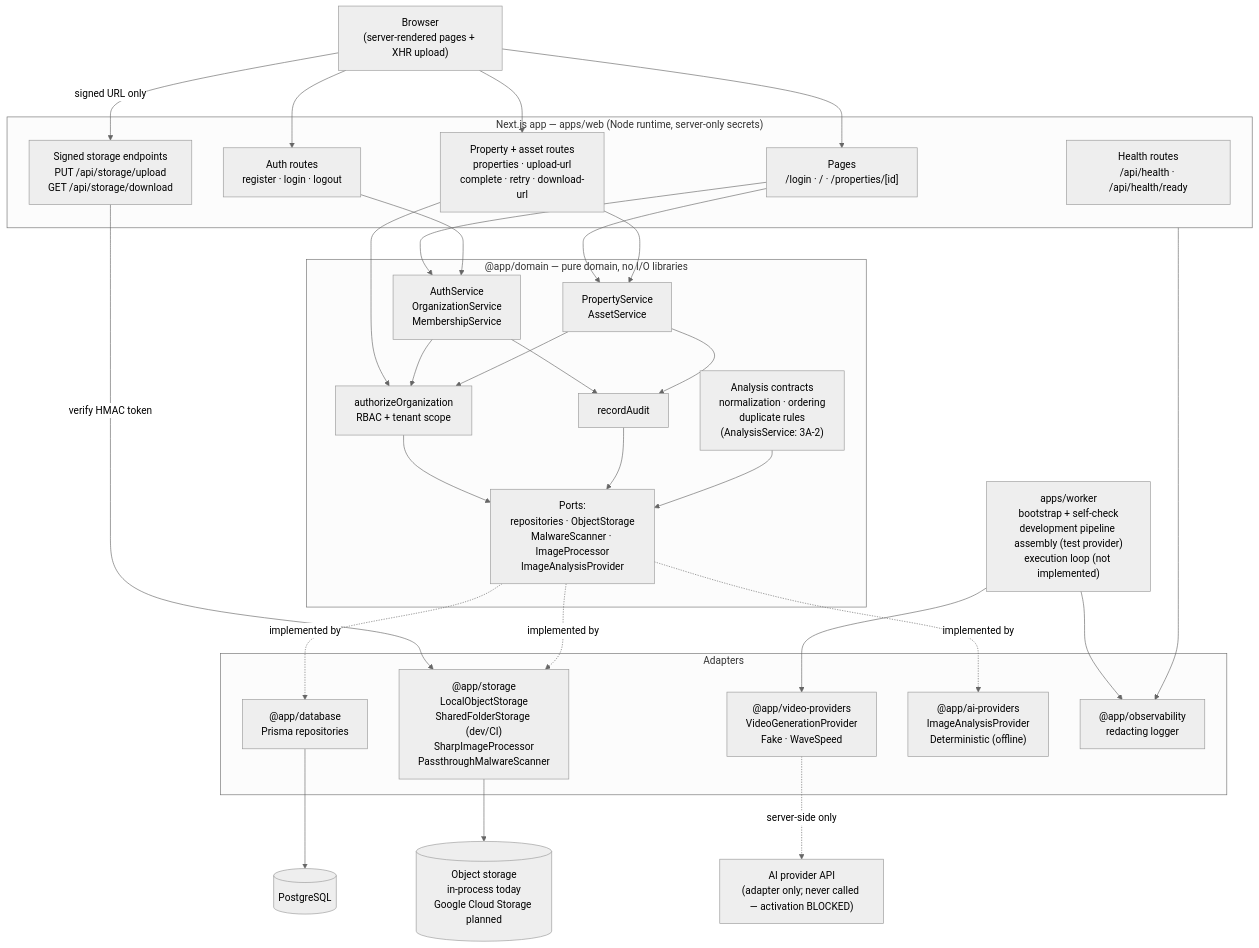
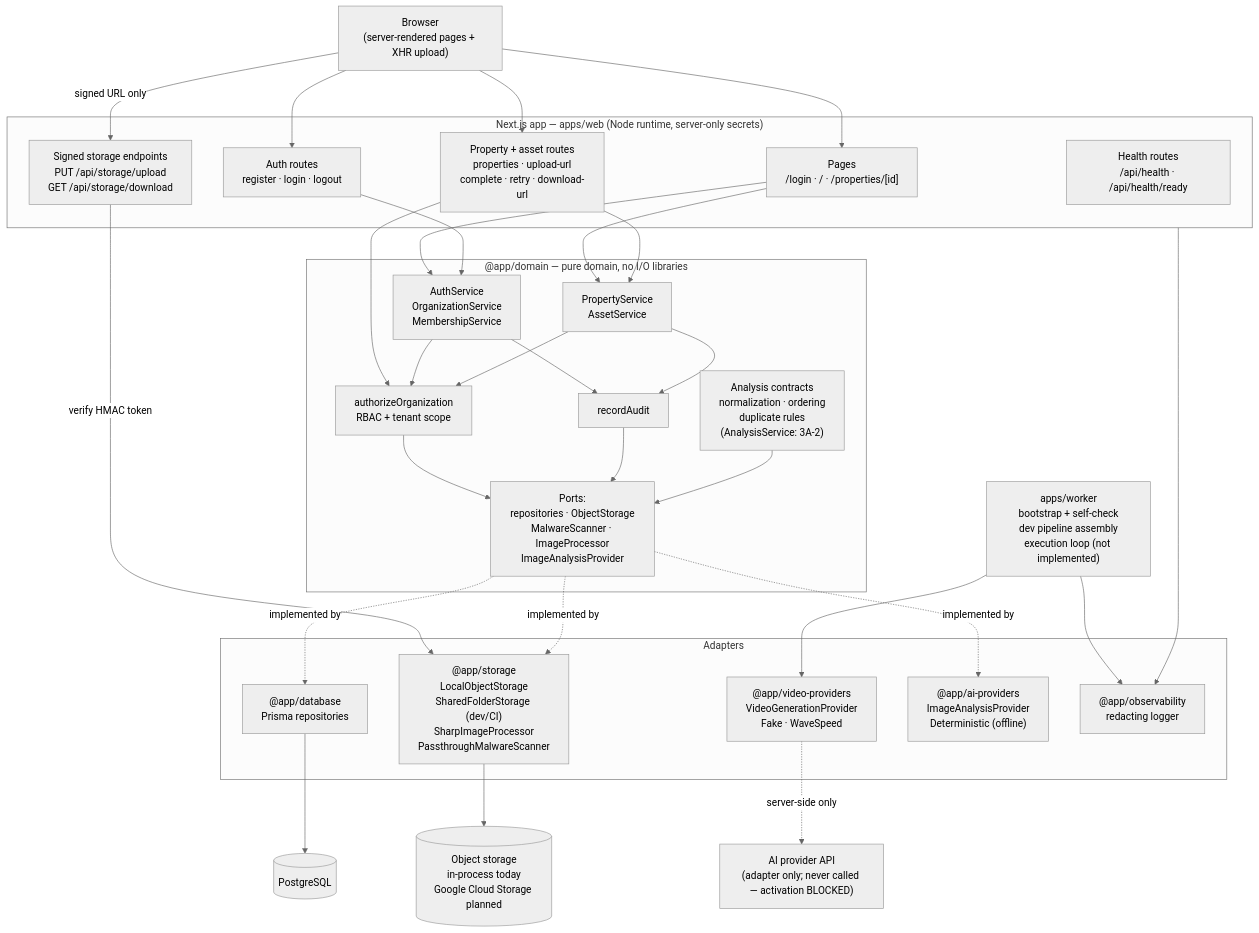
Before and after one commit to TakeTouhu/Real-Estate-Listing-Concept-Video: the diagram in docs/architecture.md, drawn with Mermaid (neutral theme). The commit also changed other lines of this file and 9 other files, not shown here.

````diff
--- a/docs/architecture.md
+++ b/docs/architecture.md
@@ -12,66 +12,66 @@
 ```mermaid
 flowchart TB
   browser["Browser<br/>(server-rendered pages + XHR upload)"]
 
   subgraph web["Next.js app — apps/web (Node runtime, server-only secrets)"]
     pages["Pages<br/>/login · / · /properties/[id]"]
     authapi["Auth routes<br/>register · login · logout"]
     propapi["Property + asset routes<br/>properties · upload-url<br/>complete · retry · download-url"]
     storageapi["Signed storage endpoints<br/>PUT /api/storage/upload<br/>GET /api/storage/download"]
     health["Health routes<br/>/api/health · /api/health/ready"]
   end
 
   subgraph domain["@app/domain — pure domain, no I/O libraries"]
     identitysvc["AuthService<br/>OrganizationService<br/>MembershipService"]
     propsvc["PropertyService<br/>AssetService"]
     anasvc["Analysis contracts<br/>normalization · ordering<br/>duplicate rules<br/>(AnalysisService: 3A-2)"]
     authz["authorizeOrganization<br/>RBAC + tenant scope"]
     audit["recordAudit"]
     ports["Ports:<br/>repositories · ObjectStorage<br/>MalwareScanner · ImageProcessor<br/>ImageAnalysisProvider"]
   end
 
   subgraph adapters["Adapters"]
     db["@app/database<br/>Prisma repositories"]
     store["@app/storage<br/>LocalObjectStorage<br/>SharedFolderStorage (dev/CI)<br/>SharpImageProcessor<br/>PassthroughMalwareScanner"]
     vp["@app/video-providers<br/>VideoGenerationProvider<br/>Fake · WaveSpeed"]
     aip["@app/ai-providers<br/>ImageAnalysisProvider<br/>Deterministic (offline)"]
     obs["@app/observability<br/>redacting logger"]
   end
 
   pg[("PostgreSQL")]
   objects[("Object storage<br/>in-process today<br/>Google Cloud Storage planned")]
   wavespeed["AI provider API<br/>(adapter only; never called — activation BLOCKED)"]
 
-  worker["apps/worker<br/>bootstrap + self-check<br/>development pipeline assembly (test provider)<br/>execution loop (not implemented)"]
+  worker["apps/worker<br/>bootstrap + self-check<br/>dev pipeline assembly<br/>execution loop (not implemented)"]
 
   browser --> pages
   browser --> authapi
   browser --> propapi
   browser -- "signed URL only" --> storageapi
 
   pages --> identitysvc
   pages --> propsvc
   authapi --> identitysvc
   propapi --> propsvc
   propapi --> authz
   storageapi -- "verify HMAC token" --> store
 
   identitysvc --> authz
   propsvc --> authz
   identitysvc --> audit
   propsvc --> audit
   authz --> ports
   audit --> ports
 
   ports -.implemented by.-> db
   ports -.implemented by.-> store
   ports -.implemented by.-> aip
   anasvc --> ports
 
   db --> pg
   store --> objects
   worker --> vp
   vp -.server-side only.-> wavespeed
   web --> obs
   worker --> obs
 ```
````
